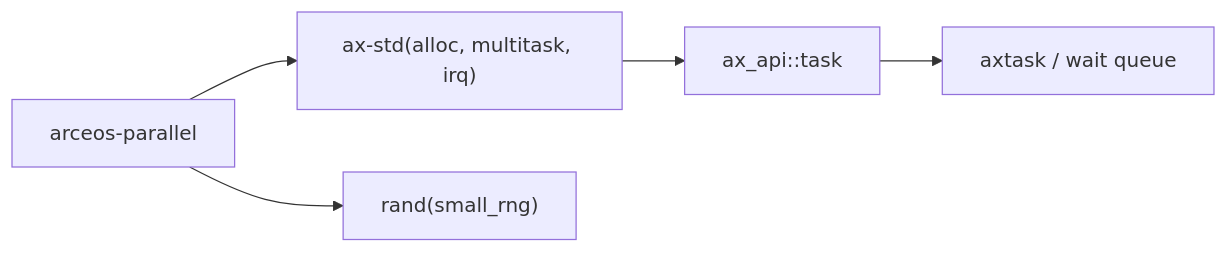
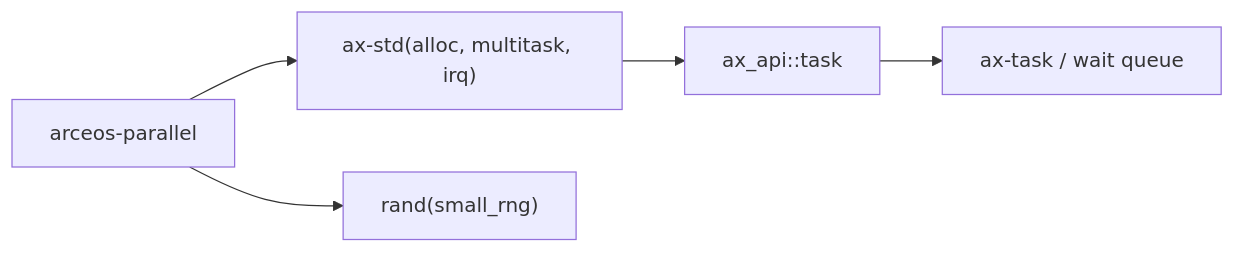
Before and after one commit to zKurisu/tgoskits: the second of 2 diagrams in docs/crates/arceos-parallel.md, drawn with Mermaid. The commit also changed other lines of this file and 133 other files, not shown here.

Commit message:
rename axtask to ax-task

````diff
--- a/docs/crates/arceos-parallel.md
+++ b/docs/crates/arceos-parallel.md
@@ -75,7 +75,7 @@
 ```mermaid
 graph LR
     test["arceos-parallel"] --> ax-std["ax-std(alloc, multitask, irq)"]
     test --> rand["rand(small_rng)"]
     ax-std --> ax-api["ax_api::task"]
-    ax-api --> axtask["axtask / wait queue"]
+    ax-api --> ax-task["ax-task / wait queue"]
 ```
````
